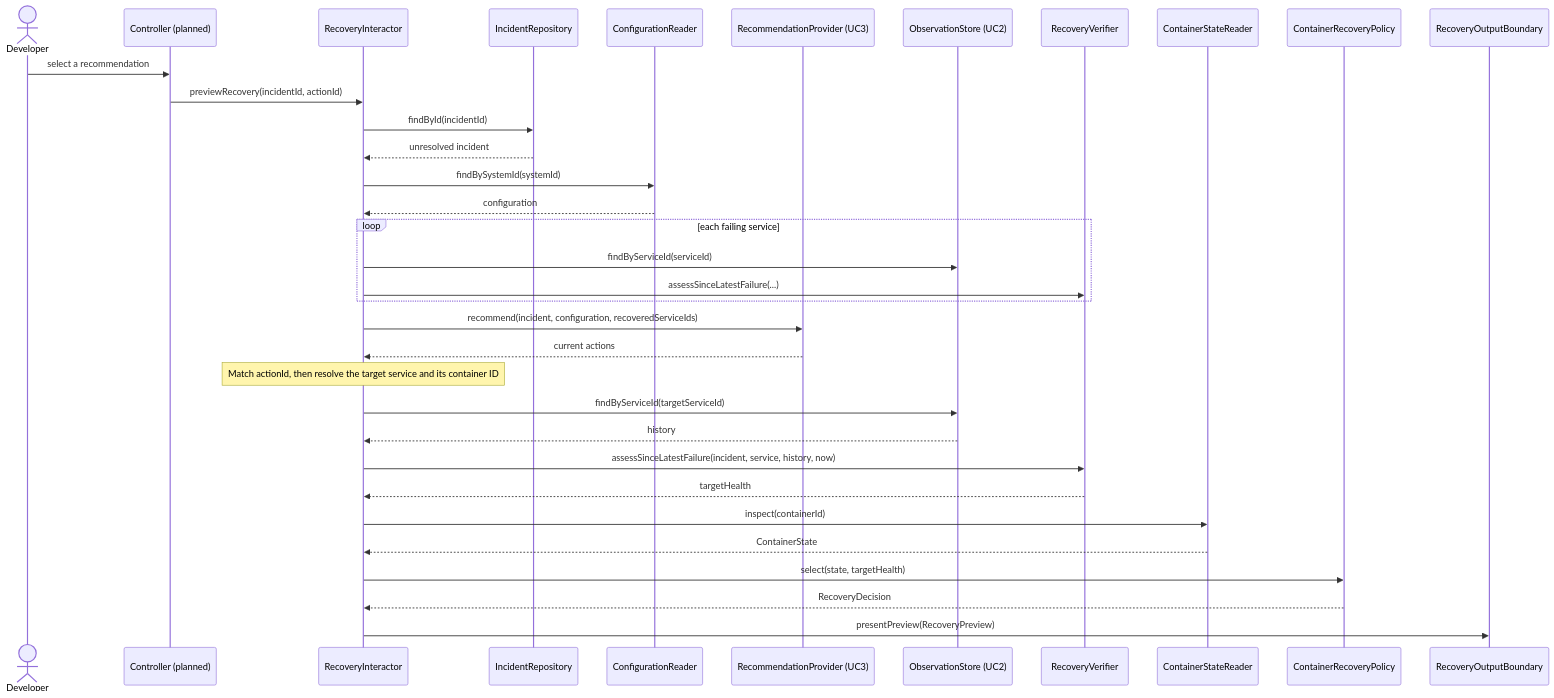
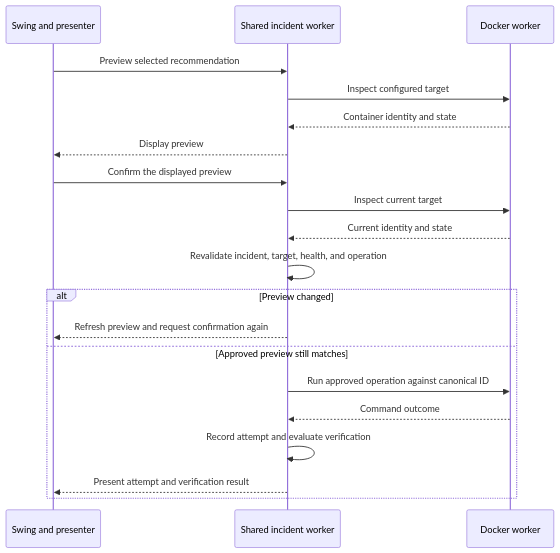
One commit to CSC207-0201-Team14/team-project changed the diagram in docs/uc4-recover-service.md. Above: the diagram before and after it, drawn with Mermaid. The commit also changed other lines of this file and 11 other files, not shown here.

Commit message:
Wire Swing recovery to the shared incident worker

````diff
--- a/docs/uc4-recover-service.md
+++ b/docs/uc4-recover-service.md
@@ -225,37 +33,22 @@
 ```mermaid
 sequenceDiagram
-    actor Dev as Developer
-    participant UI as Controller (planned)
-    participant I as RecoveryInteractor
-    participant IR as IncidentRepository
-    participant CR as ConfigurationReader
-    participant RP as RecommendationProvider (UC3)
-    participant OS as ObservationStore (UC2)
-    participant V as RecoveryVerifier
-    participant CS as ContainerStateReader
-    participant P as ContainerRecoveryPolicy
-    participant O as RecoveryOutputBoundary
-
-    Dev->>UI: select a recommendation
-    UI->>I: previewRecovery(incidentId, actionId)
-    I->>IR: findById(incidentId)
-    IR-->>I: unresolved incident
-    I->>CR: findBySystemId(systemId)
-    CR-->>I: configuration
-    loop each failing service
-        I->>OS: findByServiceId(serviceId)
-        I->>V: assessSinceLatestFailure(...)
+    participant EDT as Swing and presenter
+    participant I as Shared incident worker
+    participant D as Docker worker
+    EDT->>I: Preview selected recommendation
+    I->>D: Inspect configured target
+    D-->>I: Container identity and state
+    I-->>EDT: Display preview
+    EDT->>I: Confirm the displayed preview
+    I->>D: Inspect current target
+    D-->>I: Current identity and state
+    I->>I: Revalidate incident, target, health, and operation
+    alt Preview changed
+        I-->>EDT: Refresh preview and request confirmation again
+    else Approved preview still matches
+        I->>D: Run approved operation against canonical ID
+        D-->>I: Command outcome
+        I->>I: Record attempt and evaluate verification
+        I-->>EDT: Present attempt and verification result
     end
-    I->>RP: recommend(incident, configuration, recoveredServiceIds)
-    RP-->>I: current actions
-    Note over I: Match actionId, then resolve the target service and its container ID
-    I->>OS: findByServiceId(targetServiceId)
-    OS-->>I: history
-    I->>V: assessSinceLatestFailure(incident, service, history, now)
-    V-->>I: targetHealth
-    I->>CS: inspect(containerId)
-    CS-->>I: ContainerState
-    I->>P: select(state, targetHealth)
-    P-->>I: RecoveryDecision
-    I->>O: presentPreview(RecoveryPreview)
 ```
````
